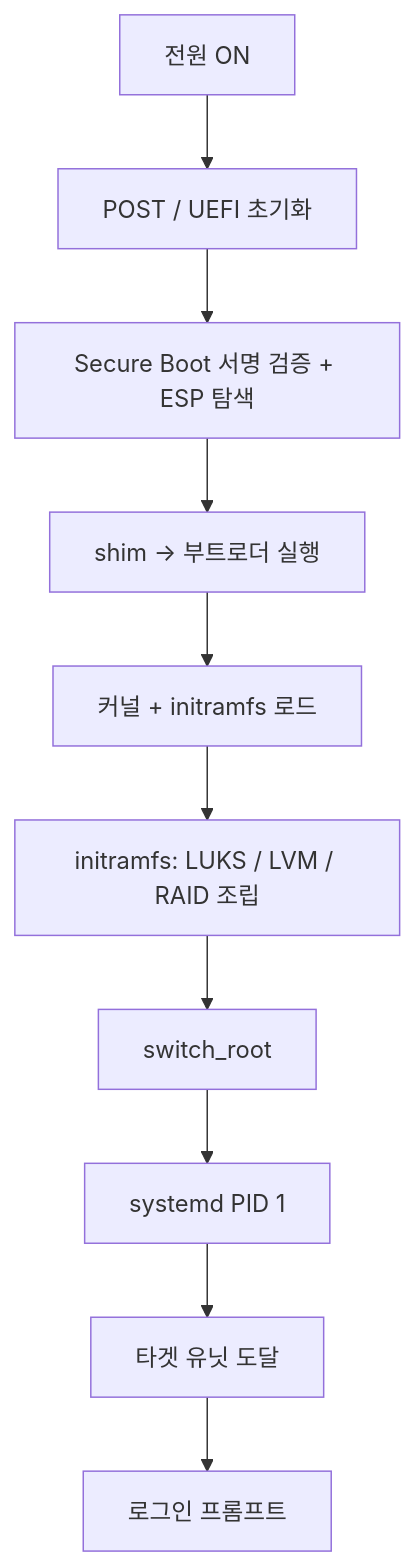
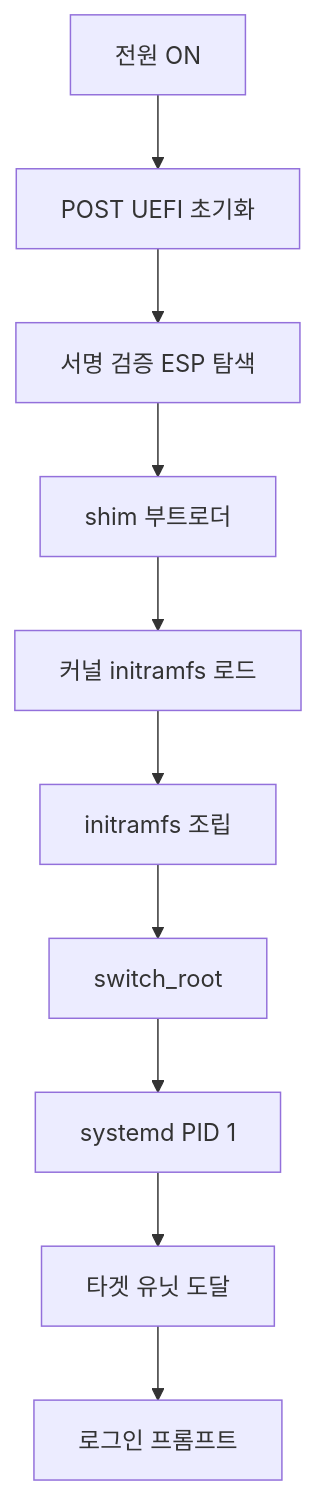
One commit to moonblueblue/devops-wiki changed the first of 6 diagrams in content/linux/boot-init/boot-process.md. Above: the diagram before and after it, drawn with Mermaid. The commit also changed other lines of this file and 37 other files, not shown here.

First line of the commit message:
style: linux 카테고리 ASCII 도표·Mermaid 라벨 형식 교정

````diff
--- a/content/linux/boot-init/boot-process.md
+++ b/content/linux/boot-init/boot-process.md
@@ -23,13 +23,13 @@
 ```mermaid
 graph TD
     A[전원 ON]
-    A --> B[POST / UEFI 초기화]
-    B --> C[Secure Boot 서명 검증 + ESP 탐색]
-    C --> D[shim → 부트로더 실행]
-    D --> E[커널 + initramfs 로드]
-    E --> F["initramfs: LUKS / LVM / RAID 조립"]
+    A --> B[POST UEFI 초기화]
+    B --> C[서명 검증 ESP 탐색]
+    C --> D[shim 부트로더]
+    D --> E[커널 initramfs 로드]
+    E --> F[initramfs 조립]
     F --> G[switch_root]
     G --> H[systemd PID 1]
     H --> I[타겟 유닛 도달]
     I --> J[로그인 프롬프트]
 ```
````
